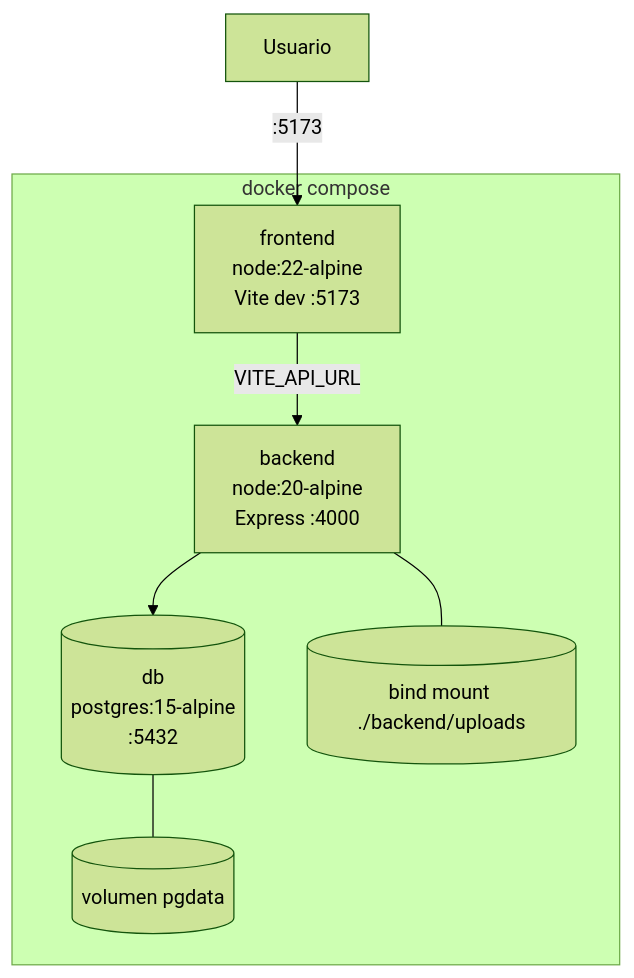
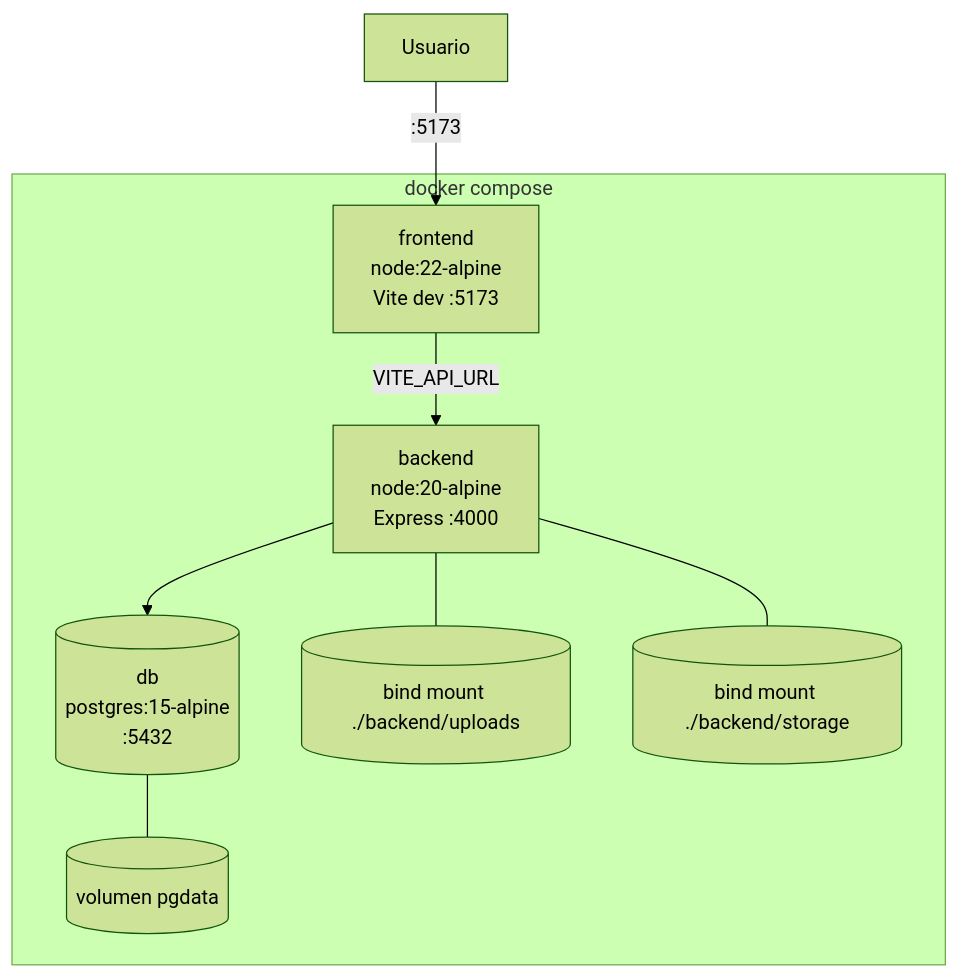
Before and after one commit to T-T-MoY/Sistema_de_Donaciones_y_Voluntarios: the second of 2 diagrams in README.md, drawn with Mermaid (forest theme). The commit also changed other lines of this file and 3 other files, not shown here.

````diff
--- a/README.md
+++ b/README.md
@@ -386,16 +280,18 @@
 ```mermaid
 flowchart TB
     subgraph Docker["docker compose"]
         FE["frontend<br/>node:22-alpine<br/>Vite dev :5173"]
         BE["backend<br/>node:20-alpine<br/>Express :4000"]
         DB[("db<br/>postgres:15-alpine<br/>:5432")]
         VOL[("volumen pgdata")]
         UP[("bind mount ./backend/uploads")]
+        ST[("bind mount ./backend/storage")]
     end
 
     USER["Usuario"] -->|":5173"| FE
     FE -->|"VITE_API_URL"| BE
     BE --> DB
     DB --- VOL
     BE --- UP
+    BE --- ST
 ```
````
